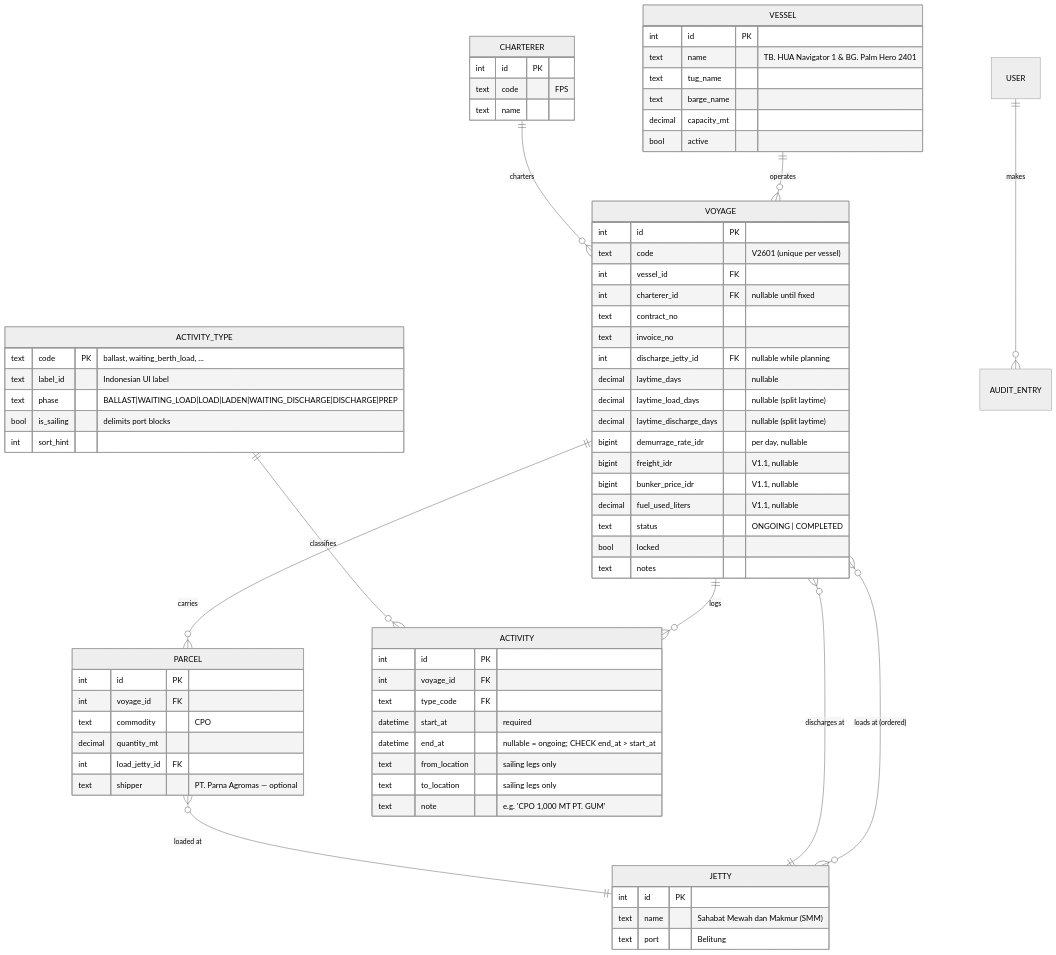
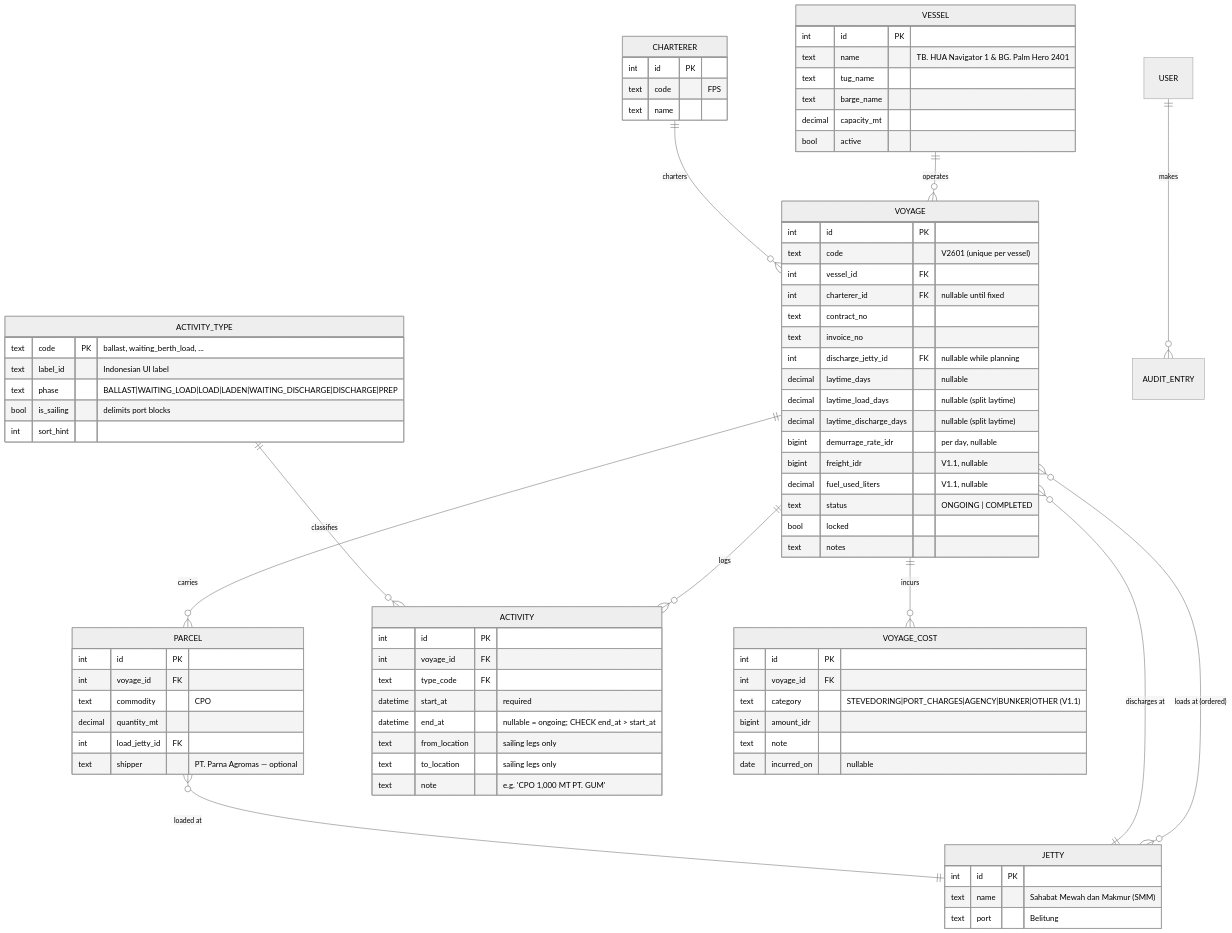
The diagram in docs/03-erd.md (ethannchrstian/HuaShipping), drawn with Mermaid (neutral theme) before and after one commit. The commit also changed other lines of this file and 5 other files, not shown here.

Commit message:
Incorporate company answers: no roles, WhatsApp/Starlink data flow, port-time emphasis, stevedoring cost line items (ADR-009, ADR-010)

```diff
--- a/docs/03-erd.md
+++ b/docs/03-erd.md
@@ -12,6 +12,7 @@
     CHARTERER ||--o{ VOYAGE : charters
     VOYAGE ||--o{ PARCEL : carries
     VOYAGE ||--o{ ACTIVITY : logs
+    VOYAGE ||--o{ VOYAGE_COST : incurs
     VOYAGE }o--o{ JETTY : "loads at (ordered)"
     VOYAGE }o--|| JETTY : "discharges at"
     PARCEL }o--|| JETTY : "loaded at"
@@ -49,7 +50,6 @@
         decimal laytime_discharge_days "nullable (split laytime)"
         bigint demurrage_rate_idr "per day, nullable"
         bigint freight_idr "V1.1, nullable"
-        bigint bunker_price_idr "V1.1, nullable"
         decimal fuel_used_liters "V1.1, nullable"
         text status "ONGOING | COMPLETED"
         bool locked
@@ -73,6 +73,14 @@
         text to_location "sailing legs only"
         text note "e.g. 'CPO 1,000 MT PT. GUM'"
     }
+    VOYAGE_COST {
+        int id PK
+        int voyage_id FK
+        text category "STEVEDORING|PORT_CHARGES|AGENCY|BUNKER|OTHER (V1.1)"
+        bigint amount_idr
+        text note
+        date incurred_on "nullable"
+    }
     ACTIVITY_TYPE {
         text code PK "ballast, waiting_berth_load, ..."
         text label_id "Indonesian UI label"
```
